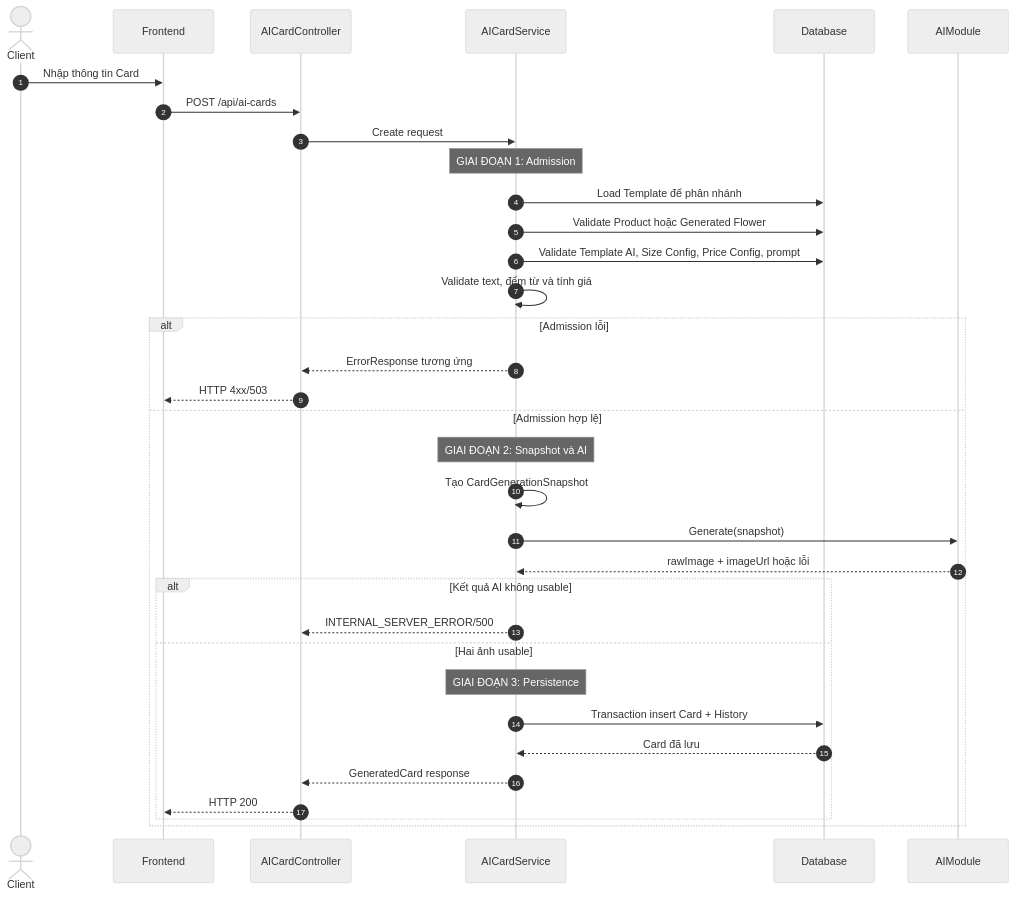
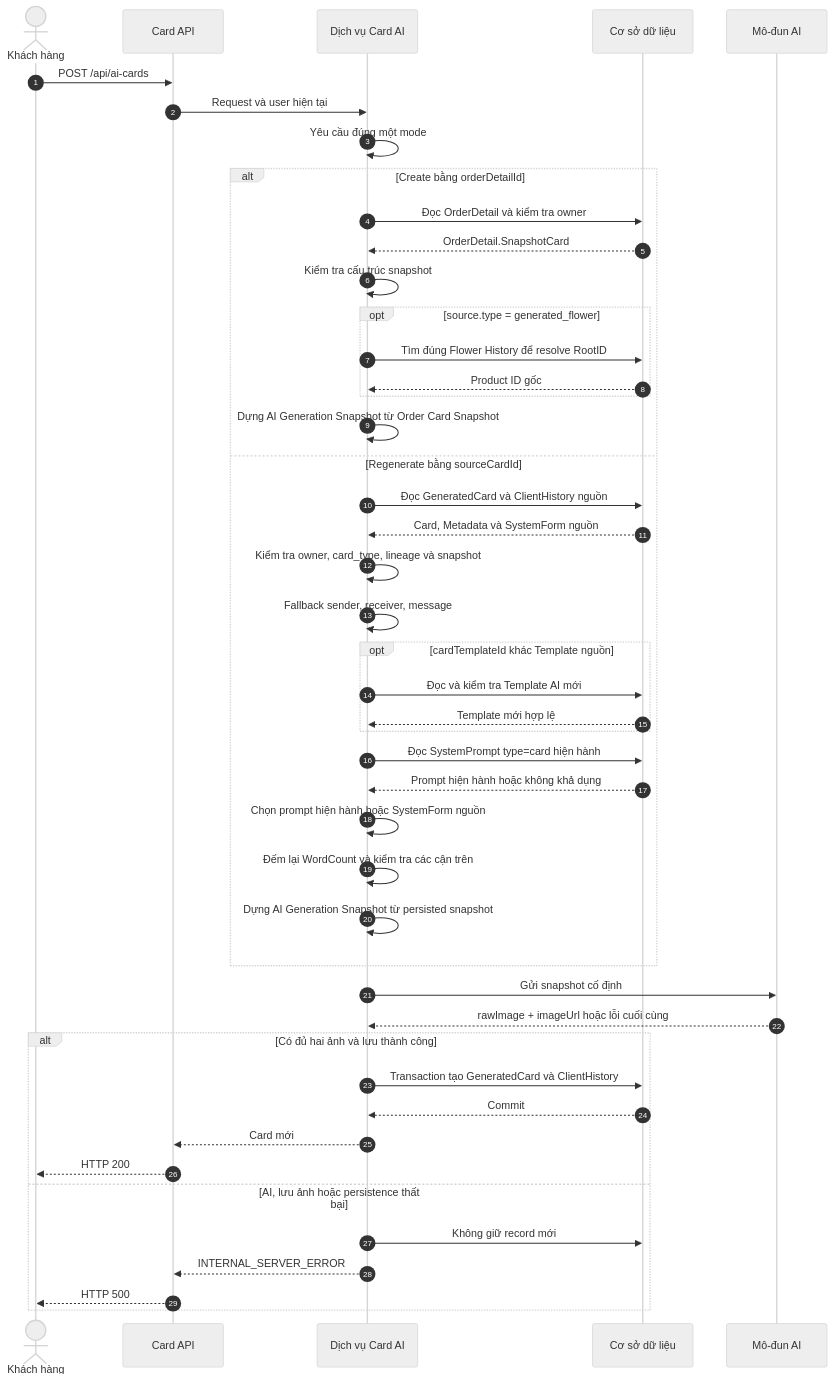
The second of 4 diagrams in HoaTheoMua.Repository/docs/tdd/TDD-006/TDD-006-tao-thiep-thiet-ke-ai.md (TaskCoper/hoatheomua-be), drawn with Mermaid (neutral theme) before and after one commit. The commit also changed other lines of this file and 499 other files, not shown here.

````diff
--- a/HoaTheoMua.Repository/docs/tdd/TDD-006/TDD-006-tao-thiep-thiet-ke-ai.md
+++ b/HoaTheoMua.Repository/docs/tdd/TDD-006/TDD-006-tao-thiep-thiet-ke-ai.md
@@ -96,36 +101,49 @@
 ```mermaid
 sequenceDiagram
     autonumber
-    actor Client
-    participant FE as Frontend
-    participant C as AICardController
-    participant S as AICardService
-    participant DB as Database
-    participant AI as AIModule
-    Client->>FE: Nhập thông tin Card
-    FE->>C: POST /api/ai-cards
-    C->>S: Create request
-    Note over S: GIAI ĐOẠN 1: Admission
-    S->>DB: Load Template để phân nhánh
-    S->>DB: Validate Product hoặc Generated Flower
-    S->>DB: Validate Template AI, Size Config, Price Config, prompt
-    S->>S: Validate text, đếm từ và tính giá
-    alt Admission lỗi
-        S-->>C: ErrorResponse tương ứng
-        C-->>FE: HTTP 4xx/503
-    else Admission hợp lệ
-        Note over S: GIAI ĐOẠN 2: Snapshot và AI
-        S->>S: Tạo CardGenerationSnapshot
-        S->>AI: Generate(snapshot)
-        AI-->>S: rawImage + imageUrl hoặc lỗi
-        alt Kết quả AI không usable
-            S-->>C: INTERNAL_SERVER_ERROR/500
-        else Hai ảnh usable
-            Note over S: GIAI ĐOẠN 3: Persistence
-            S->>DB: Transaction insert Card + History
-            DB-->>S: Card đã lưu
-            S-->>C: GeneratedCard response
-            C-->>FE: HTTP 200
+    actor U as Khách hàng
+    participant API as Card API
+    participant S as Dịch vụ Card AI
+    participant DB as Cơ sở dữ liệu
+    participant AI as Mô-đun AI
+
+    U->>API: POST /api/ai-cards
+    API->>S: Request và user hiện tại
+    S->>S: Yêu cầu đúng một mode
+    alt Create bằng orderDetailId
+        S->>DB: Đọc OrderDetail và kiểm tra owner
+        DB-->>S: OrderDetail.SnapshotCard
+        S->>S: Kiểm tra cấu trúc snapshot
+        opt source.type = generated_flower
+            S->>DB: Tìm đúng Flower History để resolve RootID
+            DB-->>S: Product ID gốc
         end
+        S->>S: Dựng AI Generation Snapshot từ Order Card Snapshot
+    else Regenerate bằng sourceCardId
+        S->>DB: Đọc GeneratedCard và ClientHistory nguồn
+        DB-->>S: Card, Metadata và SystemForm nguồn
+        S->>S: Kiểm tra owner, card_type, lineage và snapshot
+        S->>S: Fallback sender, receiver, message
+        opt cardTemplateId khác Template nguồn
+            S->>DB: Đọc và kiểm tra Template AI mới
+            DB-->>S: Template mới hợp lệ
+        end
+        S->>DB: Đọc SystemPrompt type=card hiện hành
+        DB-->>S: Prompt hiện hành hoặc không khả dụng
+        S->>S: Chọn prompt hiện hành hoặc SystemForm nguồn
+        S->>S: Đếm lại WordCount và kiểm tra các cận trên
+        S->>S: Dựng AI Generation Snapshot từ persisted snapshot
+    end
+    S->>AI: Gửi snapshot cố định
+    AI-->>S: rawImage + imageUrl hoặc lỗi cuối cùng
+    alt Có đủ hai ảnh và lưu thành công
+        S->>DB: Transaction tạo GeneratedCard và ClientHistory
+        DB-->>S: Commit
+        S-->>API: Card mới
+        API-->>U: HTTP 200
+    else AI, lưu ảnh hoặc persistence thất bại
+        S->>DB: Không giữ record mới
+        S-->>API: INTERNAL_SERVER_ERROR
+        API-->>U: HTTP 500
     end
 ```
````
